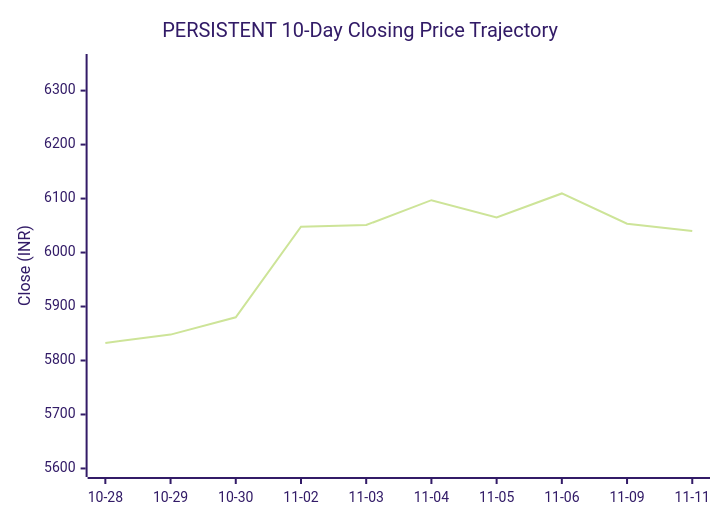
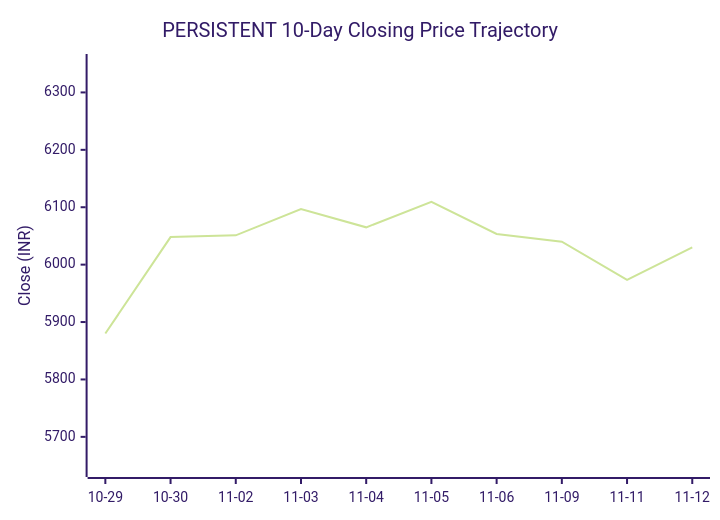
One commit to purnareddy9/dev changed the second of 3 diagrams in market-intelligence/stocks/PERSISTENT/latest.md. Above: the diagram before and after it, drawn with Mermaid (forest theme). The commit also changed other lines of this file and 4 other files, not shown here.

````diff
--- a/market-intelligence/stocks/PERSISTENT/latest.md
+++ b/market-intelligence/stocks/PERSISTENT/latest.md
@@ -95,7 +95,7 @@
 ```mermaid
 xychart-beta
     title "PERSISTENT 10-Day Closing Price Trajectory"
-    x-axis ["10-28", "10-29", "10-30", "11-02", "11-03", "11-04", "11-05", "11-06", "11-09", "11-11"]
-    y-axis "Close (INR)" 5599 --> 6353
-    line [5832.5, 5848.0, 5880.0, 6048.0, 6051.0, 6097.0, 6065.0, 6109.5, 6053.5, 6040.0]
+    x-axis ["10-29", "10-30", "11-02", "11-03", "11-04", "11-05", "11-06", "11-09", "11-11", "11-12"]
+    y-axis "Close (INR)" 5644 --> 6353
+    line [5880.0, 6048.0, 6051.0, 6097.0, 6065.0, 6109.5, 6053.5, 6040.0, 5973.5, 6030.0]
 ```
````
